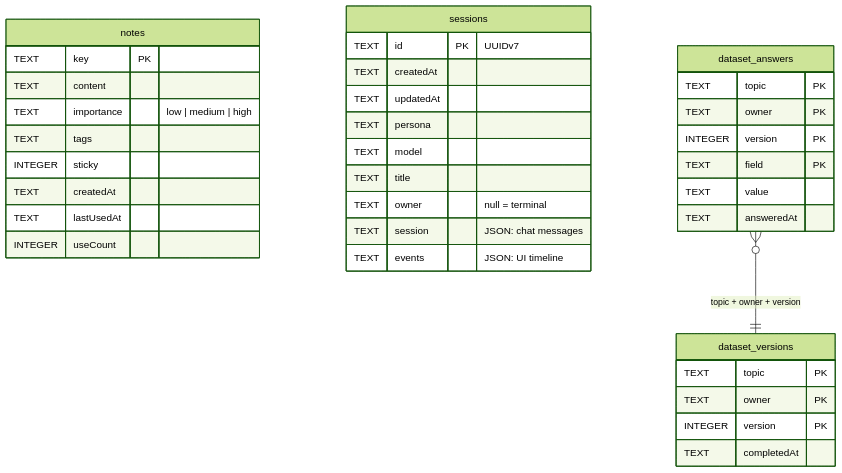
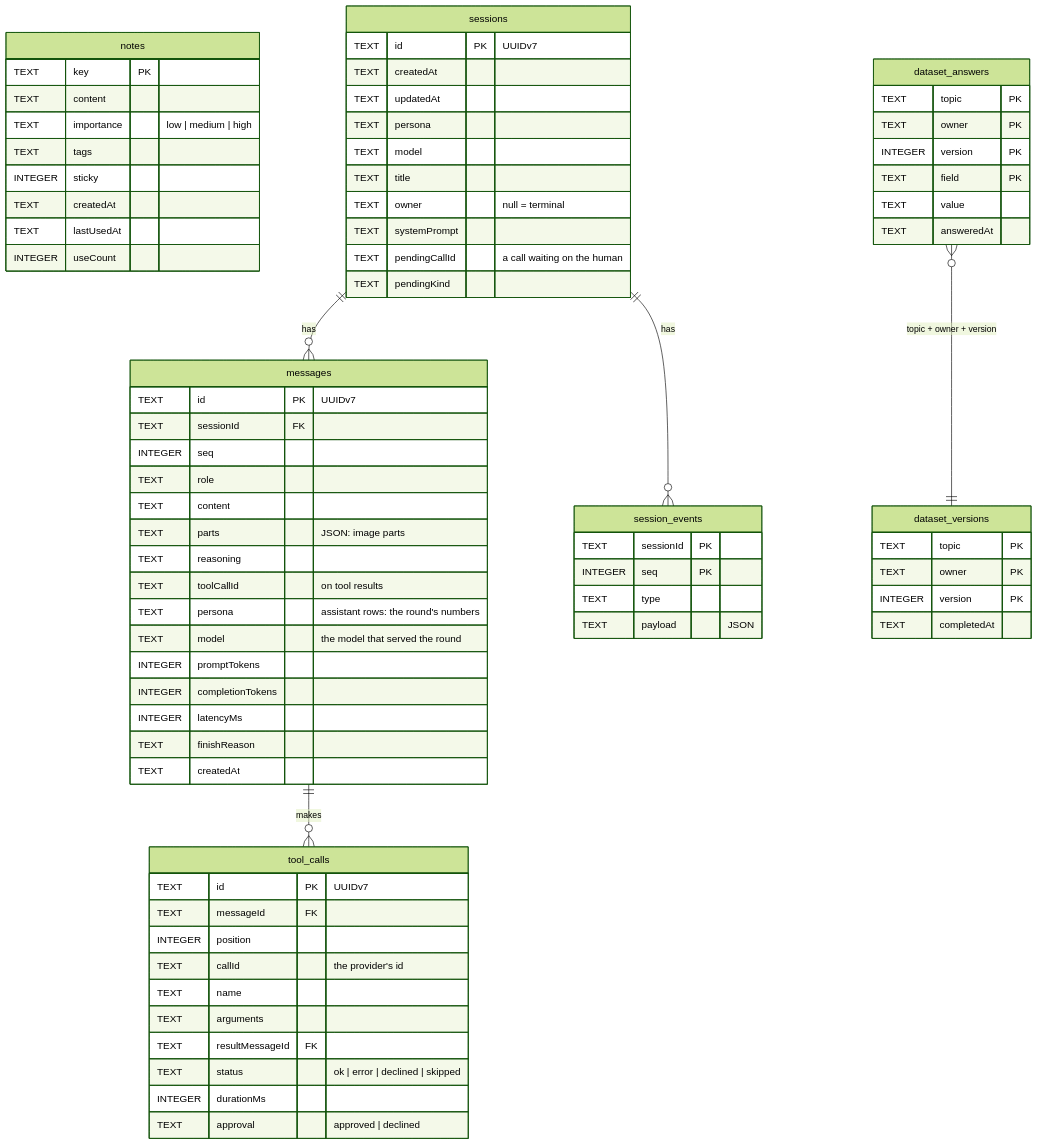
Before and after one commit to SubZtep/kaja: the diagram in docs/tui/sqlite.md, drawn with Mermaid (forest theme). The commit also changed other lines of this file and 32 other files, not shown here.

Commit message:
perf: store sessions as rows, with per-step telemetry and richer usage stats (#69)

````diff
--- a/docs/tui/sqlite.md
+++ b/docs/tui/sqlite.md
@@ -49,8 +52,47 @@
     TEXT model
     TEXT title
     TEXT owner "null = terminal"
-    TEXT session "JSON: chat messages"
-    TEXT events "JSON: UI timeline"
+    TEXT systemPrompt
+    TEXT pendingCallId "a call waiting on the human"
+    TEXT pendingKind
+  }
+
+  messages {
+    TEXT id PK "UUIDv7"
+    TEXT sessionId FK
+    INTEGER seq
+    TEXT role
+    TEXT content
+    TEXT parts "JSON: image parts"
+    TEXT reasoning
+    TEXT toolCallId "on tool results"
+    TEXT persona "assistant rows: the round's numbers"
+    TEXT model "the model that served the round"
+    INTEGER promptTokens
+    INTEGER completionTokens
+    INTEGER latencyMs
+    TEXT finishReason
+    TEXT createdAt
+  }
+
+  tool_calls {
+    TEXT id PK "UUIDv7"
+    TEXT messageId FK
+    INTEGER position
+    TEXT callId "the provider's id"
+    TEXT name
+    TEXT arguments
+    TEXT resultMessageId FK
+    TEXT status "ok | error | declined | skipped"
+    INTEGER durationMs
+    TEXT approval "approved | declined"
+  }
+
+  session_events {
+    TEXT sessionId PK
+    INTEGER seq PK
+    TEXT type
+    TEXT payload "JSON"
   }
 
   dataset_answers {
@@ -69,5 +111,8 @@
     TEXT completedAt
   }
 
+  sessions ||--o{ messages : has
+  sessions ||--o{ session_events : has
+  messages ||--o{ tool_calls : makes
   dataset_answers }o--|| dataset_versions : "topic + owner + version"
 ```
````
